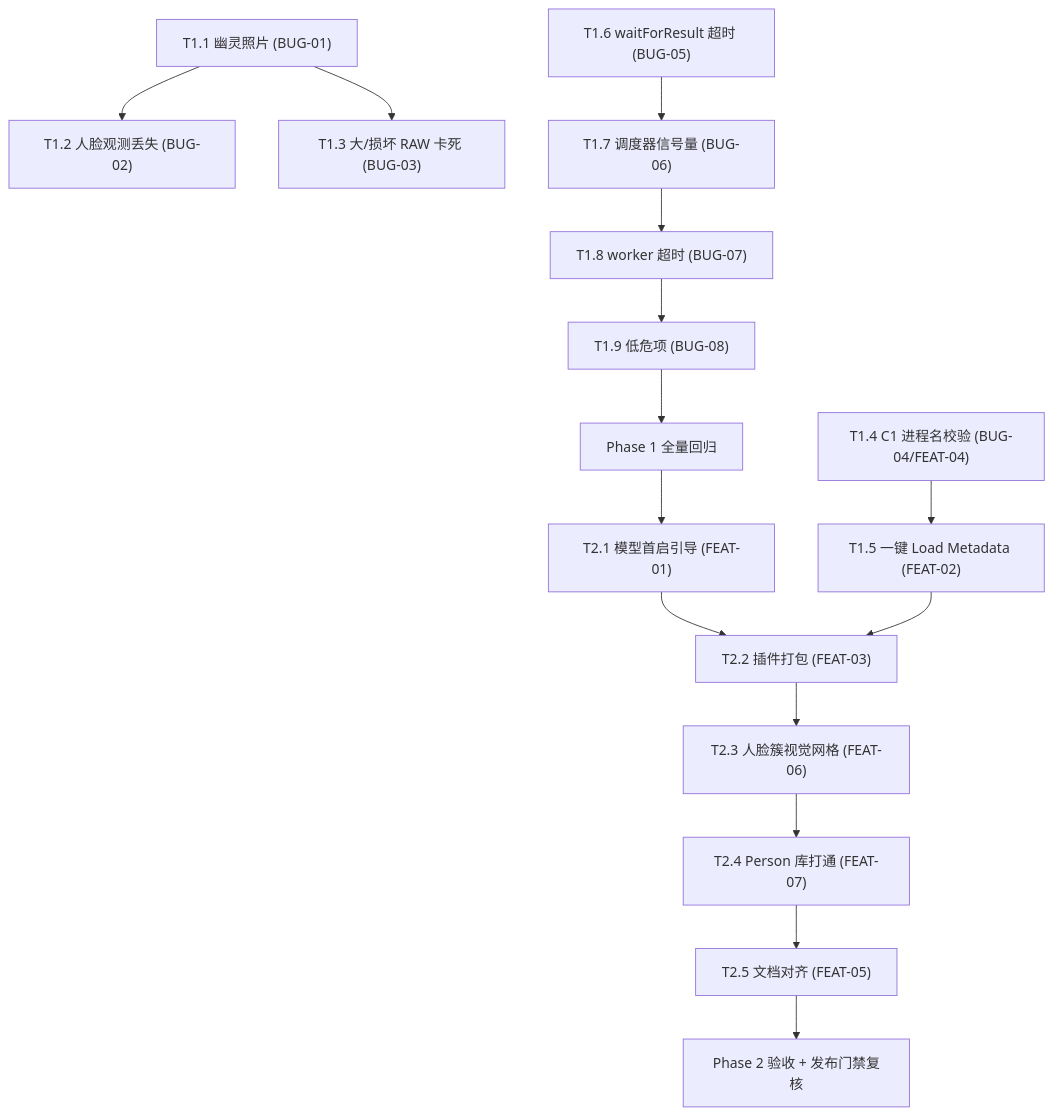
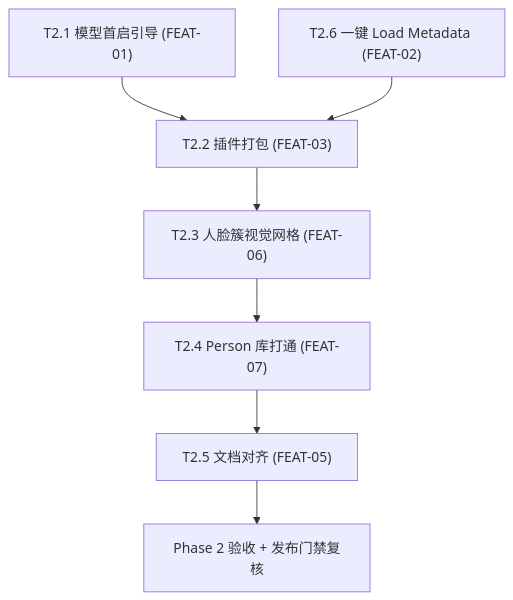
One commit to panzeyu2013/Gather changed the diagram in docs/RELIABILITY_AND_FEATURE_DESIGN_AND_EXECUTION.md. Above: the diagram before and after it, drawn with Mermaid. The commit also changed other lines of this file and 14 other files, not shown here.

````diff
--- a/docs/RELIABILITY_AND_FEATURE_DESIGN_AND_EXECUTION.md
+++ b/docs/RELIABILITY_AND_FEATURE_DESIGN_AND_EXECUTION.md
@@ -29,17 +50,9 @@
 ```mermaid
 flowchart TD
-    A["T1.1 幽灵照片 (BUG-01)"] --> B["T1.2 人脸观测丢失 (BUG-02)"]
-    A --> C["T1.3 大/损坏 RAW 卡死 (BUG-03)"]
-    D["T1.4 C1 进程名校验 (BUG-04/FEAT-04)"] --> E["T1.5 一键 Load Metadata (FEAT-02)"]
-    F["T1.6 waitForResult 超时 (BUG-05)"] --> G["T1.7 调度器信号量 (BUG-06)"]
-    G --> H["T1.8 worker 超时 (BUG-07)"]
-    H --> I["T1.9 低危项 (BUG-08)"]
-    I --> J["Phase 1 全量回归"]
-    J --> K["T2.1 模型首启引导 (FEAT-01)"]
-    K --> L["T2.2 插件打包 (FEAT-03)"]
-    E --> L
-    L --> M["T2.3 人脸簇视觉网格 (FEAT-06)"]
-    M --> N["T2.4 Person 库打通 (FEAT-07)"]
-    N --> O["T2.5 文档对齐 (FEAT-05)"]
-    O --> P["Phase 2 验收 + 发布门禁复核"]
+    A["T2.1 模型首启引导 (FEAT-01)"] --> B["T2.2 插件打包 (FEAT-03)"]
+    C["T2.6 一键 Load Metadata (FEAT-02)"] --> B
+    B --> D["T2.3 人脸簇视觉网格 (FEAT-06)"]
+    D --> E["T2.4 Person 库打通 (FEAT-07)"]
+    E --> F["T2.5 文档对齐 (FEAT-05)"]
+    F --> G["Phase 2 验收 + 发布门禁复核"]
 ```
````
